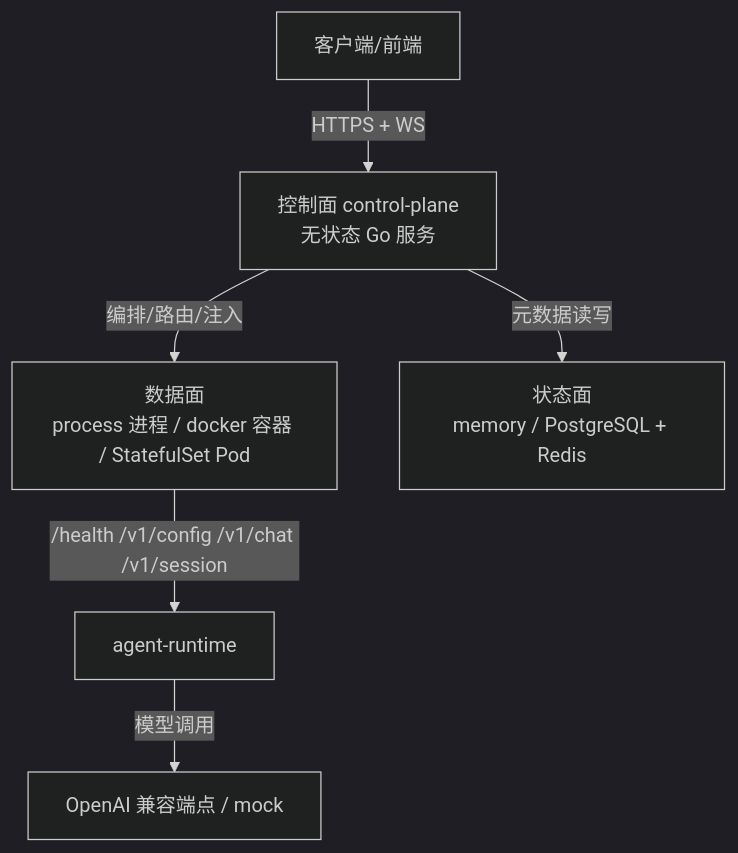
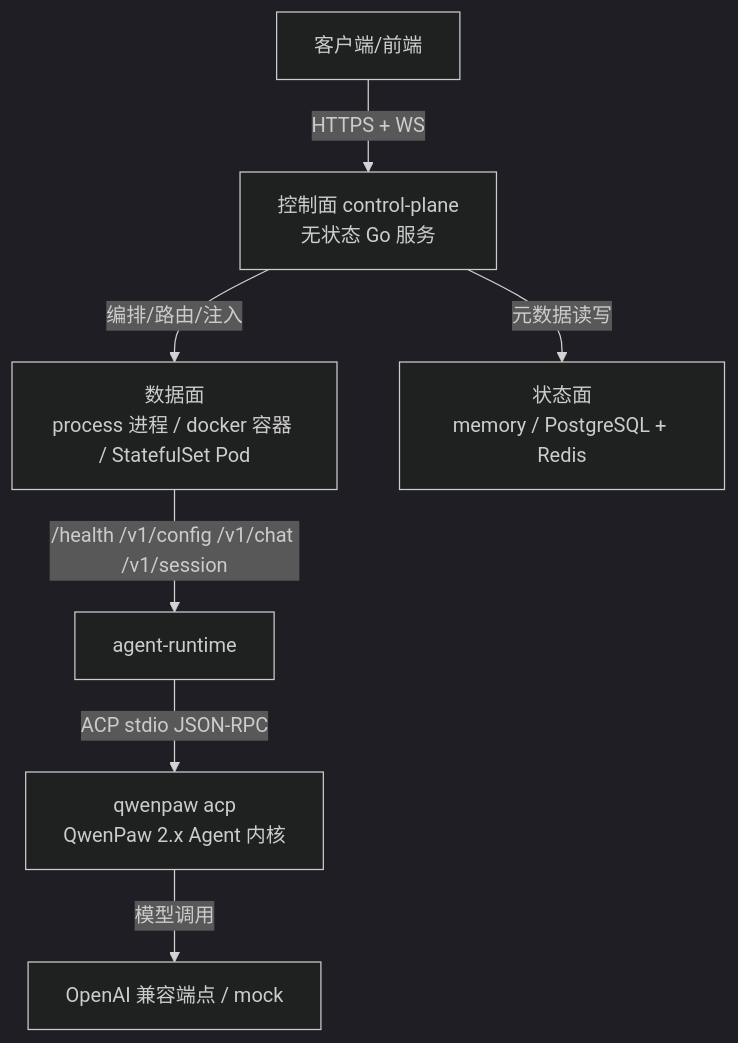
The first of 5 diagrams in docs/architecture.md (wangyichen666/cloudeagent), drawn with Mermaid (dark theme) before and after one commit. The commit also changed other lines of this file and 12 other files, not shown here.

First line of the commit message:
接入 QwenPaw ACP 内核：agent-runtime 作为 ACP 客户端

````diff
--- a/docs/architecture.md
+++ b/docs/architecture.md
@@ -7,8 +7,9 @@
 ```mermaid
 flowchart TB
     Client[客户端/前端] -->|HTTPS + WS| CP[控制面 control-plane<br/>无状态 Go 服务]
     CP -->|编排/路由/注入| DP[数据面<br/>process 进程 / docker 容器 / StatefulSet Pod]
     CP -->|元数据读写| SP[状态面<br/>memory / PostgreSQL + Redis]
     DP -->|/health /v1/config /v1/chat /v1/session| Agent[agent-runtime]
-    Agent -->|模型调用| LLM[OpenAI 兼容端点 / mock]
+    Agent -->|ACP stdio JSON-RPC| QPW[qwenpaw acp<br/>QwenPaw 2.x Agent 内核]
+    QPW -->|模型调用| LLM[OpenAI 兼容端点 / mock]
 ```
````
